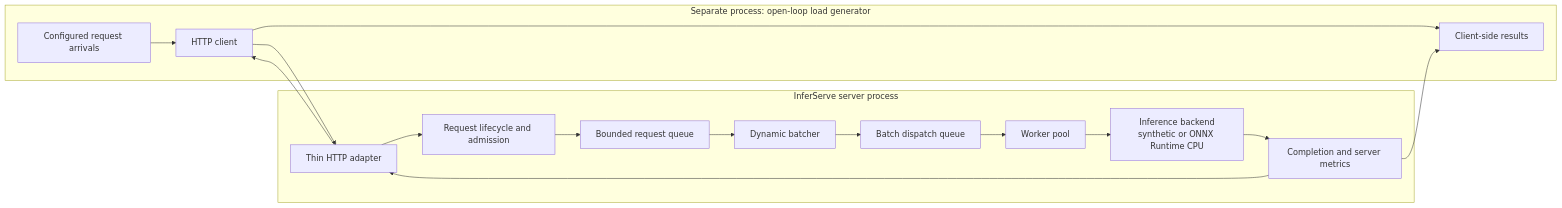
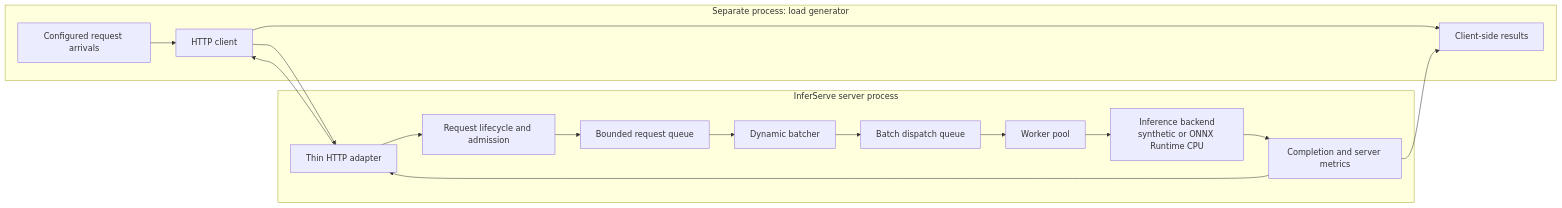
One commit to Sumdiboii/inferserve-low-latency-inference changed the first of 2 diagrams in docs/ARCHITECTURE.md. Above: the diagram before and after it, drawn with Mermaid. The commit also changed other lines of this file and 13 other files, not shown here.

````diff
--- a/docs/ARCHITECTURE.md
+++ b/docs/ARCHITECTURE.md
@@ -21,26 +22,26 @@
 ```mermaid
 flowchart LR
-    subgraph LG[Separate process: open-loop load generator]
+    subgraph LG[Separate process: load generator]
         Arrival[Configured request arrivals]
         ClientMetrics[Client-side results]
         Arrival --> HTTPClient[HTTP client]
         HTTPClient --> ClientMetrics
     end
 
     subgraph Server[InferServe server process]
         HTTP[Thin HTTP adapter]
         Admission[Request lifecycle and admission]
         RQ[Bounded request queue]
         Batcher[Dynamic batcher]
         BQ[Batch dispatch queue]
         Workers[Worker pool]
         Backend[Inference backend<br/>synthetic or ONNX Runtime CPU]
         Completion[Completion and server metrics]
         HTTP --> Admission --> RQ --> Batcher --> BQ --> Workers --> Backend --> Completion
         Completion --> HTTP
     end
 
     HTTPClient --> HTTP
     HTTP --> HTTPClient
     Completion --> ClientMetrics
 ```
````
